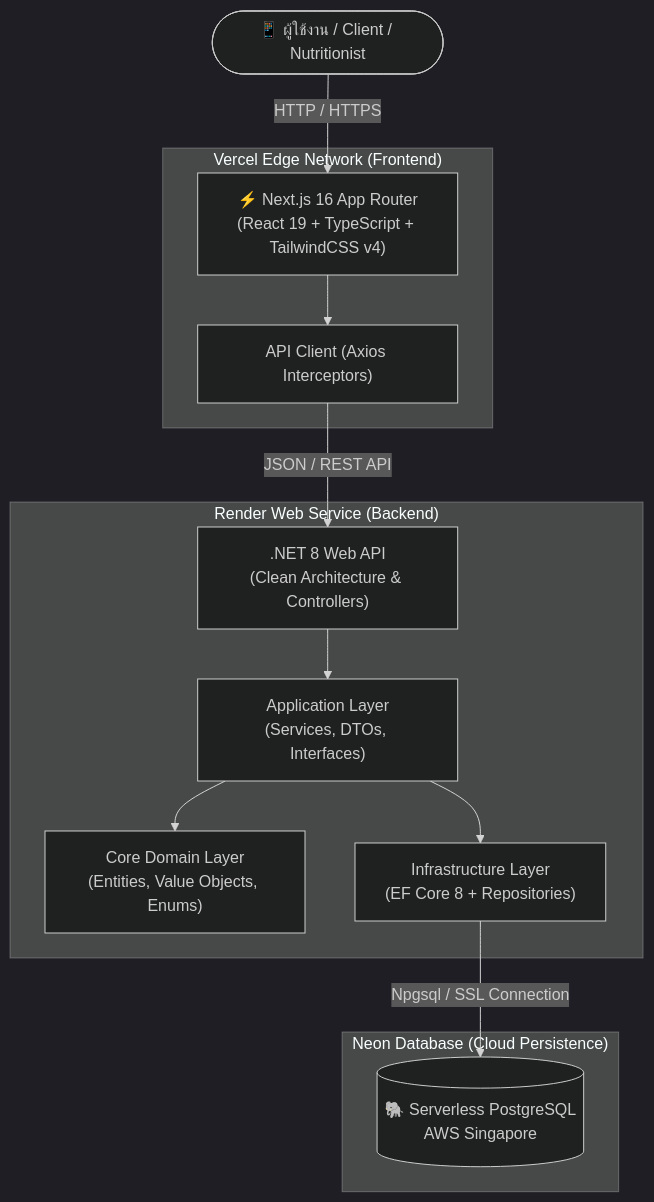
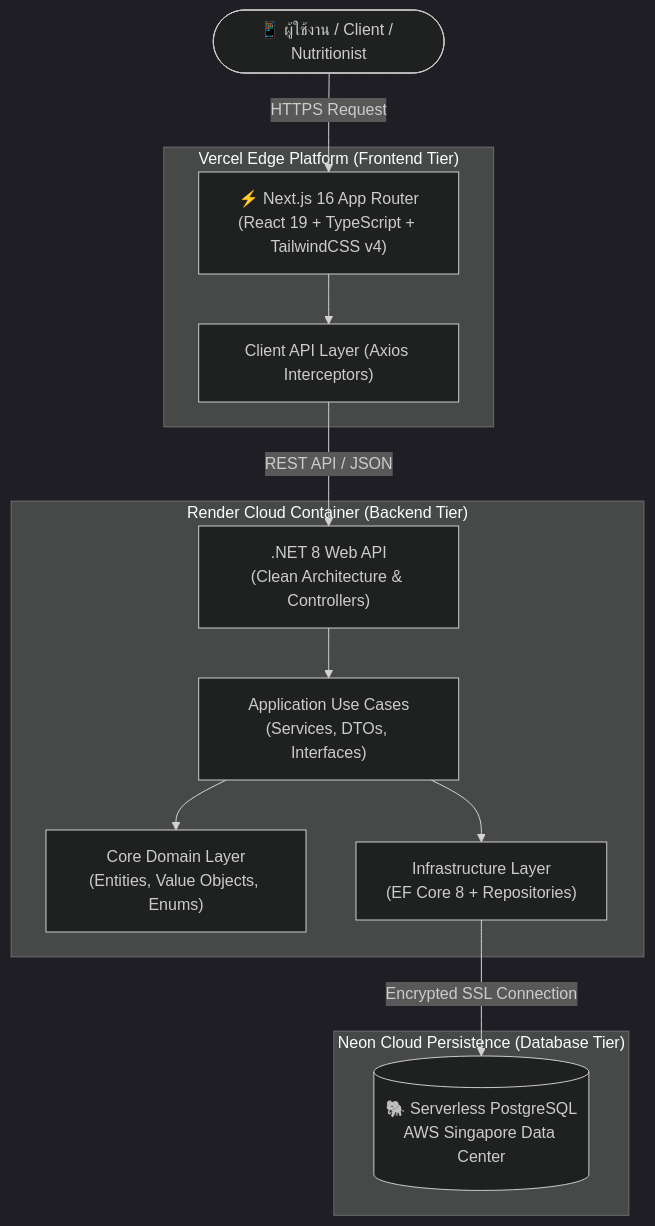
Before and after one commit to 6731470008-web/NutriPlan: the diagram in README.md, drawn with Mermaid (dark theme). The commit also changed other lines of this file, not shown here.

````diff
--- a/README.md
+++ b/README.md
@@ -78,28 +84,28 @@
 ```mermaid
 graph TD
     User([📱 ผู้ใช้งาน / Client / Nutritionist])
     
-    subgraph "Vercel Edge Network (Frontend)"
+    subgraph "Vercel Edge Platform (Frontend Tier)"
         NextJS["⚡ Next.js 16 App Router<br/>(React 19 + TypeScript + TailwindCSS v4)"]
-        Axios["API Client (Axios Interceptors)"]
+        Axios["Client API Layer (Axios Interceptors)"]
     end
     
-    subgraph "Render Web Service (Backend)"
+    subgraph "Render Cloud Container (Backend Tier)"
         NETCore[".NET 8 Web API<br/>(Clean Architecture & Controllers)"]
         Domain["Core Domain Layer<br/>(Entities, Value Objects, Enums)"]
-        AppLayer["Application Layer<br/>(Services, DTOs, Interfaces)"]
+        AppLayer["Application Use Cases<br/>(Services, DTOs, Interfaces)"]
         Infra["Infrastructure Layer<br/>(EF Core 8 + Repositories)"]
     end
     
-    subgraph "Neon Database (Cloud Persistence)"
-        Postgres[(🐘 Serverless PostgreSQL<br/>AWS Singapore)]
+    subgraph "Neon Cloud Persistence (Database Tier)"
+        Postgres[(🐘 Serverless PostgreSQL<br/>AWS Singapore Data Center)]
     end
 
-    User -->|HTTP / HTTPS| NextJS
+    User -->|HTTPS Request| NextJS
     NextJS --> Axios
-    Axios -->|JSON / REST API| NETCore
+    Axios -->|REST API / JSON| NETCore
     NETCore --> AppLayer
     AppLayer --> Domain
     AppLayer --> Infra
-    Infra -->|Npgsql / SSL Connection| Postgres
+    Infra -->|Encrypted SSL Connection| Postgres
 ```
````
